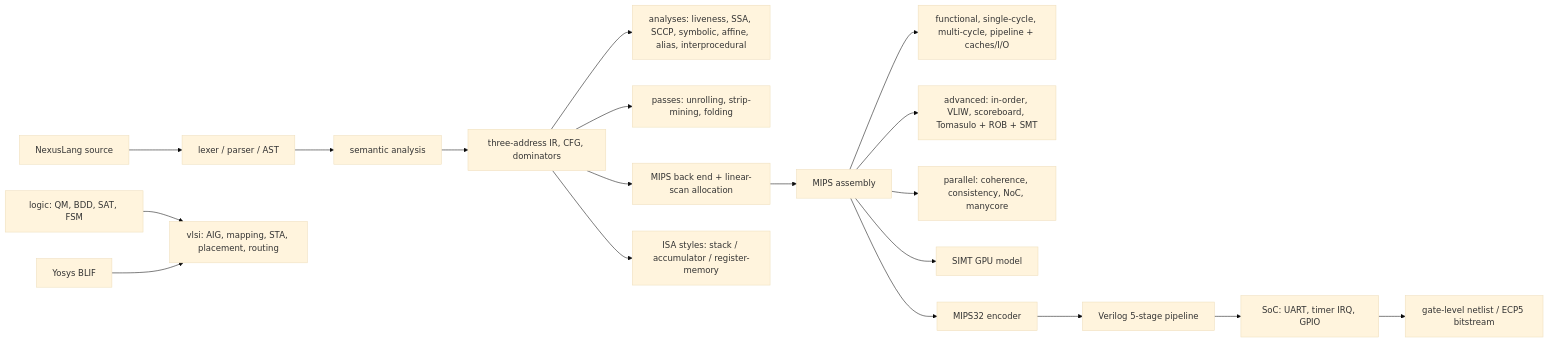
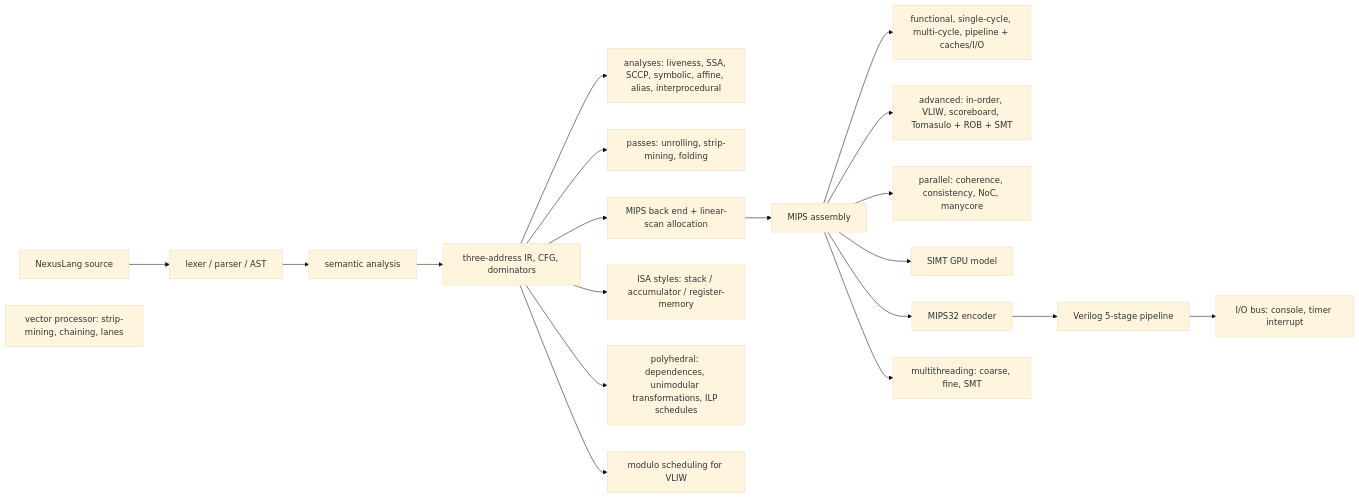
The diagram in ARCHITECTURE.md (gdtsitlauri/nexus-platform), drawn with Mermaid (base theme) before and after one commit. The commit also changed other lines of this file and 19 other files, not shown here.

````diff
--- a/ARCHITECTURE.md
+++ b/ARCHITECTURE.md
@@ -10,19 +10,21 @@
 ```mermaid
 flowchart LR
   A[NexusLang source] --> B[lexer / parser / AST]
   B --> C[semantic analysis]
   C --> D[three-address IR, CFG, dominators]
   D --> E[analyses: liveness, SSA, SCCP, symbolic, affine, alias, interprocedural]
   D --> F[passes: unrolling, strip-mining, folding]
   D --> G[MIPS back end + linear-scan allocation]
   D --> H[ISA styles: stack / accumulator / register-memory]
   G --> I[MIPS assembly]
   I --> J[functional, single-cycle, multi-cycle, pipeline + caches/I/O]
   I --> K[advanced: in-order, VLIW, scoreboard, Tomasulo + ROB + SMT]
   I --> L[parallel: coherence, consistency, NoC, manycore]
   I --> M[SIMT GPU model]
   I --> N[MIPS32 encoder] --> O[Verilog 5-stage pipeline]
-  O --> P[SoC: UART, timer IRQ, GPIO] --> Q[gate-level netlist / ECP5 bitstream]
-  R[logic: QM, BDD, SAT, FSM] --> S[vlsi: AIG, mapping, STA, placement, routing]
-  T[Yosys BLIF] --> S
+  O --> P[I/O bus: console, timer interrupt]
+  I --> R[multithreading: coarse, fine, SMT]
+  D --> W[polyhedral: dependences, unimodular transformations, ILP schedules]
+  D --> X[modulo scheduling for VLIW]
+  V[vector processor: strip-mining, chaining, lanes]
 ```
````
